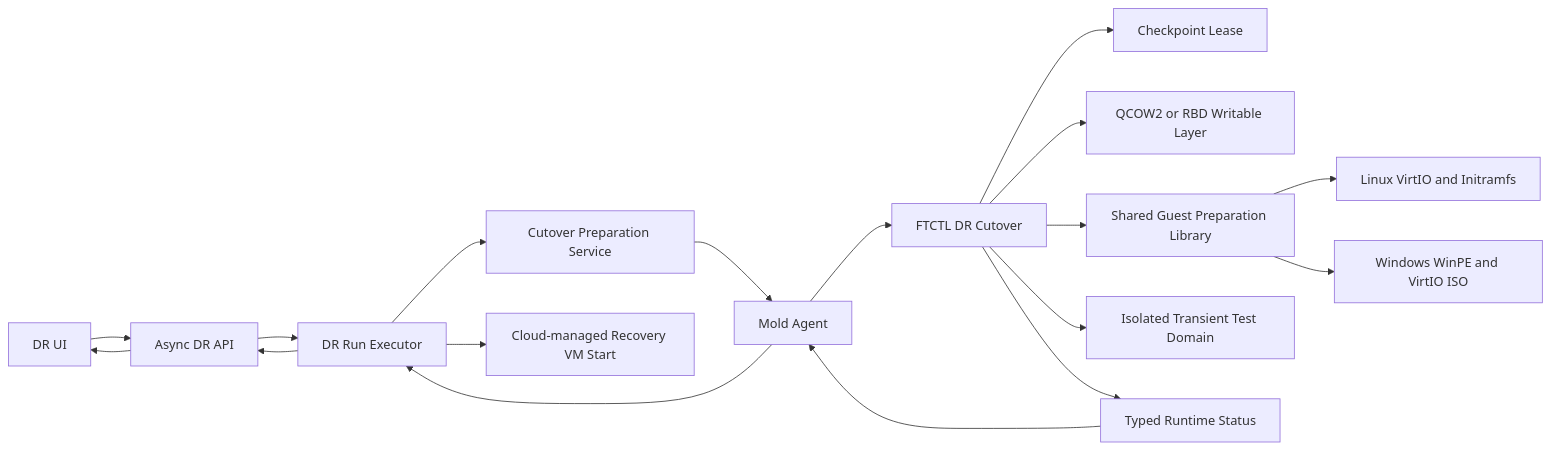
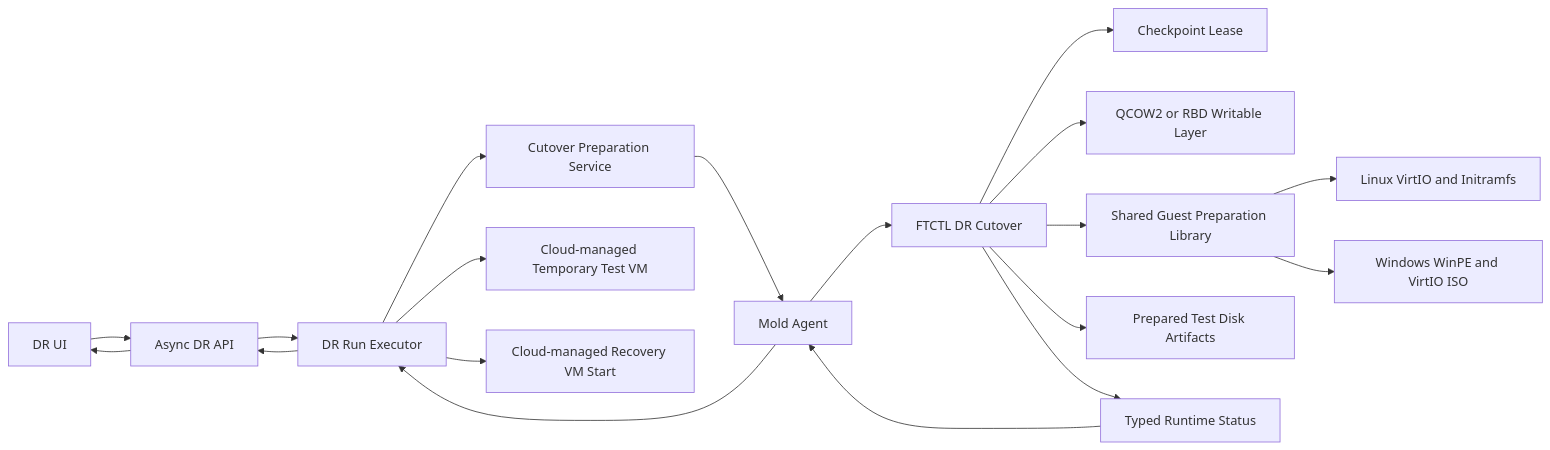
One commit to dhslove/ablestack-cloud changed the diagram in docs/ftctl/554-cross-hypervisor-dr-vmware-to-kvm-cutover-and-virtio-bootstrap-design-20260714.md. Above: the diagram before and after it, drawn with Mermaid. The commit also changed other lines of this file and 38 other files, not shown here.

````diff
--- a/docs/ftctl/554-cross-hypervisor-dr-vmware-to-kvm-cutover-and-virtio-bootstrap-design-20260714.md
+++ b/docs/ftctl/554-cross-hypervisor-dr-vmware-to-kvm-cutover-and-virtio-bootstrap-design-20260714.md
@@ -85,17 +87,18 @@
 ```mermaid
 flowchart LR
   UI["DR UI"] --> API["Async DR API"]
   API --> RUN["DR Run Executor"]
   RUN --> MAT["Cutover Preparation Service"]
   MAT --> AGENT["Mold Agent"]
   AGENT --> FTCTL["FTCTL DR Cutover"]
   FTCTL --> LEASE["Checkpoint Lease"]
   FTCTL --> LAYER["QCOW2 or RBD Writable Layer"]
   FTCTL --> GUEST["Shared Guest Preparation Library"]
   GUEST --> LINUX["Linux VirtIO and Initramfs"]
   GUEST --> WIN["Windows WinPE and VirtIO ISO"]
-  FTCTL --> TESTVM["Isolated Transient Test Domain"]
+  FTCTL --> ARTIFACTS["Prepared Test Disk Artifacts"]
+  RUN --> TESTVM["Cloud-managed Temporary Test VM"]
   RUN --> CLOUDVM["Cloud-managed Recovery VM Start"]
   FTCTL --> STATUS["Typed Runtime Status"]
   STATUS --> AGENT --> RUN --> API --> UI
 ```
````
